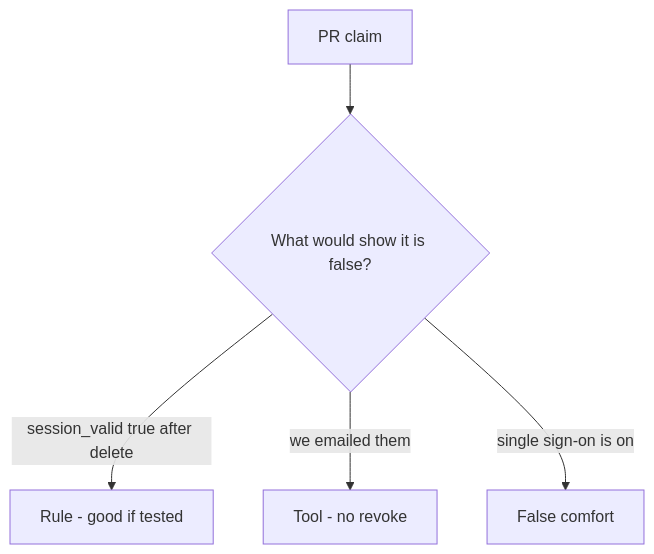
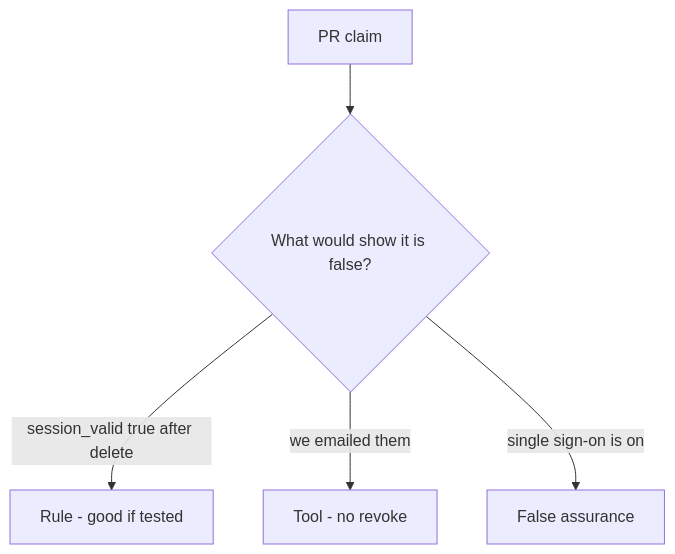
Before and after one commit to ishitvagoel/LearnSecurity: the diagram in content/modules/4/4.1/lessons/08-review.md, drawn with Mermaid. The commit also changed other lines of this file and 240 other files, not shown here.

````diff
--- a/content/modules/4/4.1/lessons/08-review.md
+++ b/content/modules/4/4.1/lessons/08-review.md
@@ -18,7 +18,7 @@
 ```mermaid
 flowchart TD
   Claim[PR claim] --> Q{"What would show it is false?"}
   Q -->|"session_valid true after delete"| Property["Rule - good if tested"]
   Q -->|"we emailed them"| Mechanism[Tool - no revoke]
-  Q -->|"single sign-on is on"| False[False comfort]
+  Q -->|"single sign-on is on"| False[False assurance]
 ```
````
